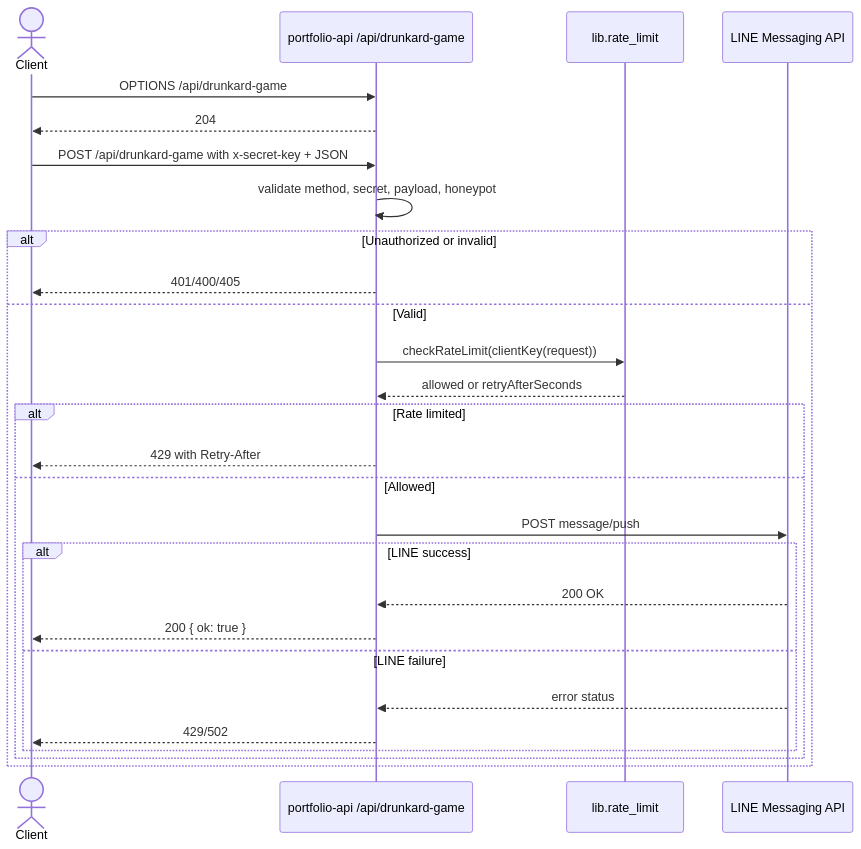
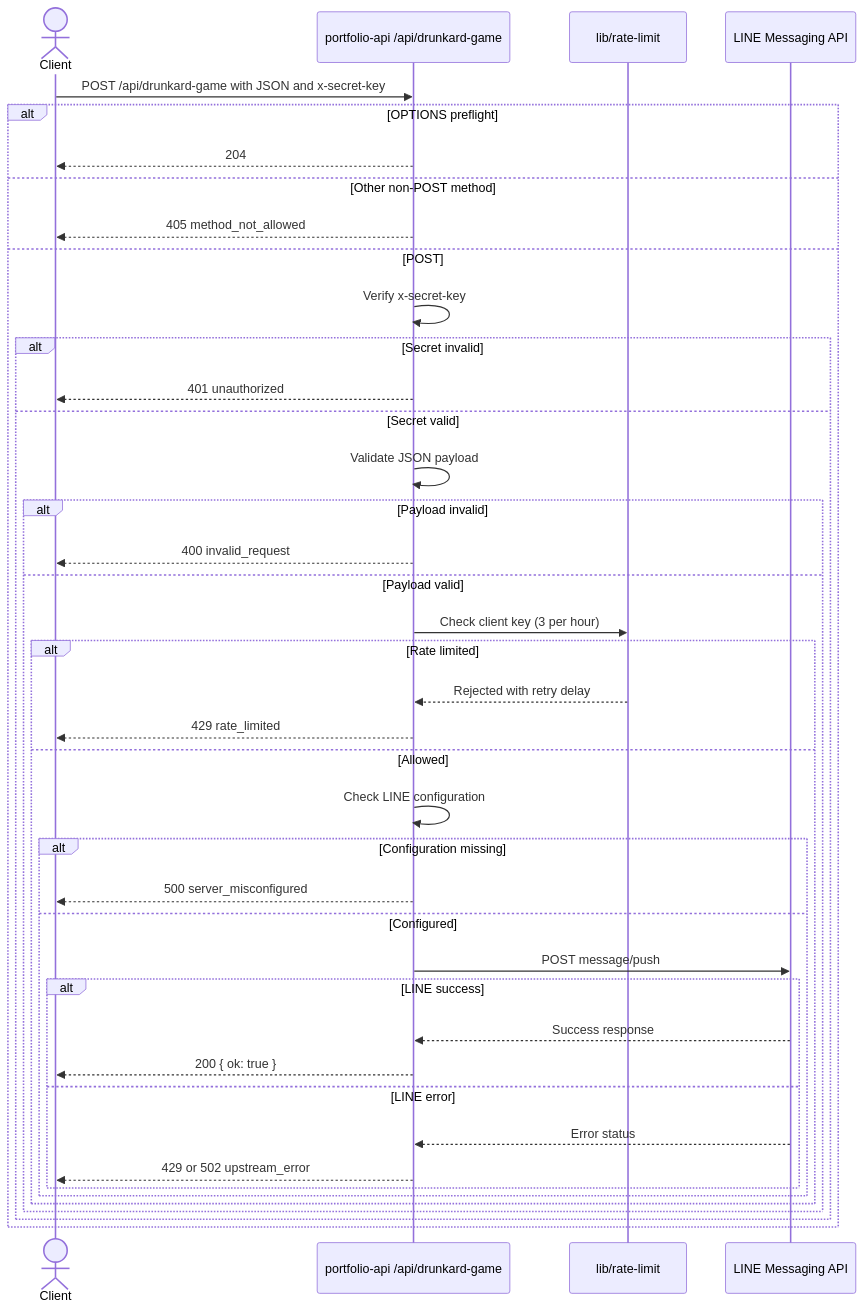
Before and after one commit to ipondnakab/ipondnakab.github.io: the diagram in portfolio-api/docs/api/drunkard-game.md, drawn with Mermaid. The commit also changed other lines of this file and 23 other files, not shown here.

````diff
--- a/portfolio-api/docs/api/drunkard-game.md
+++ b/portfolio-api/docs/api/drunkard-game.md
@@ -97,31 +104,44 @@
 ```mermaid
 sequenceDiagram
     actor Client
     participant API as portfolio-api /api/drunkard-game
-    participant Limit as lib.rate_limit
+    participant Limit as lib/rate-limit
     participant LINE as LINE Messaging API
 
-    Client->>API: OPTIONS /api/drunkard-game
-    API-->>Client: 204
-
-    Client->>API: POST /api/drunkard-game with x-secret-key + JSON
-    API->>API: validate method, secret, payload, honeypot
-    alt Unauthorized or invalid
-        API-->>Client: 401/400/405
-    else Valid
-        API->>Limit: checkRateLimit(clientKey(request))
-        Limit-->>API: allowed or retryAfterSeconds
-        alt Rate limited
-            API-->>Client: 429 with Retry-After
-        else Allowed
-            API->>LINE: POST message/push
-            alt LINE success
-                LINE-->>API: 200 OK
-                API-->>Client: 200 { ok: true }
-            else LINE failure
-                LINE-->>API: error status
-                API-->>Client: 429/502
+    Client->>API: POST /api/drunkard-game with JSON and x-secret-key
+    alt OPTIONS preflight
+        API-->>Client: 204
+    else Other non-POST method
+        API-->>Client: 405 method_not_allowed
+    else POST
+        API->>API: Verify x-secret-key
+        alt Secret invalid
+            API-->>Client: 401 unauthorized
+        else Secret valid
+            API->>API: Validate JSON payload
+            alt Payload invalid
+                API-->>Client: 400 invalid_request
+            else Payload valid
+                API->>Limit: Check client key (3 per hour)
+                alt Rate limited
+                    Limit-->>API: Rejected with retry delay
+                    API-->>Client: 429 rate_limited
+                else Allowed
+                    API->>API: Check LINE configuration
+                    alt Configuration missing
+                        API-->>Client: 500 server_misconfigured
+                    else Configured
+                        API->>LINE: POST message/push
+                        alt LINE success
+                            LINE-->>API: Success response
+                            API-->>Client: 200 { ok: true }
+                        else LINE error
+                            LINE-->>API: Error status
+                            API-->>Client: 429 or 502 upstream_error
+                        end
+                    end
+                end
             end
         end
     end
 ```
````
